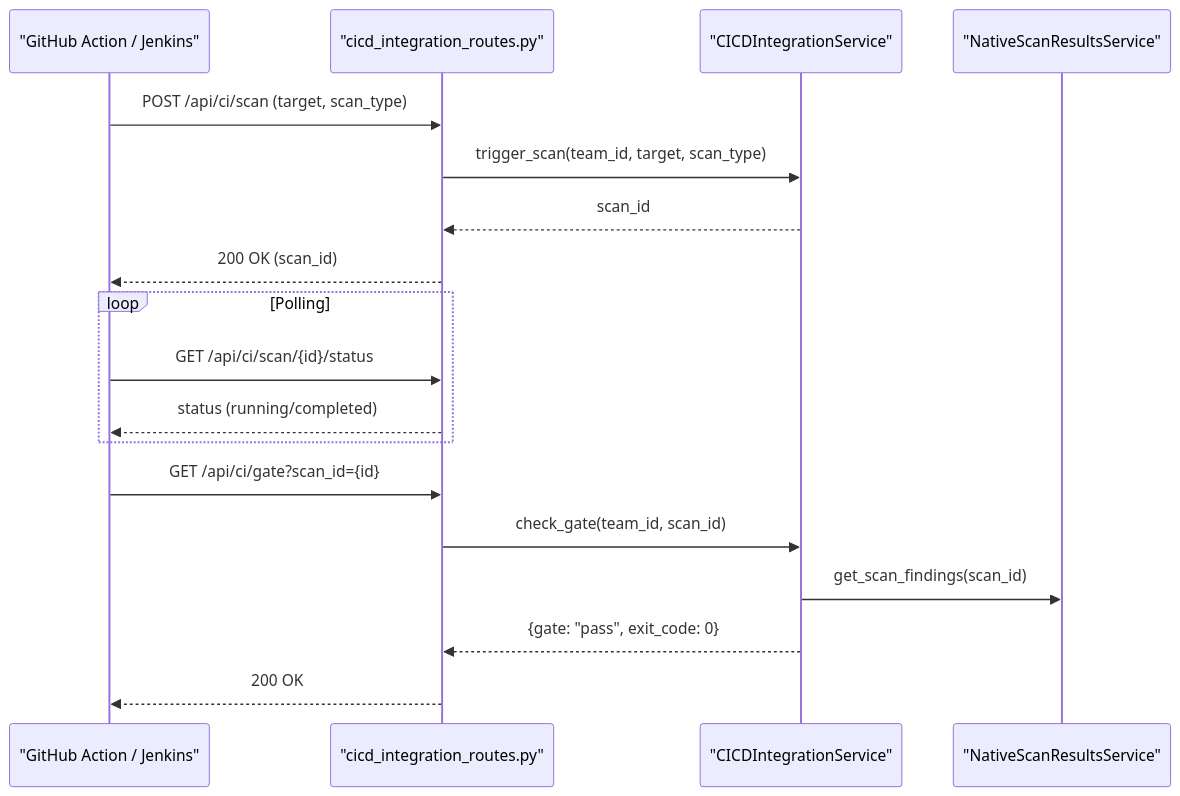
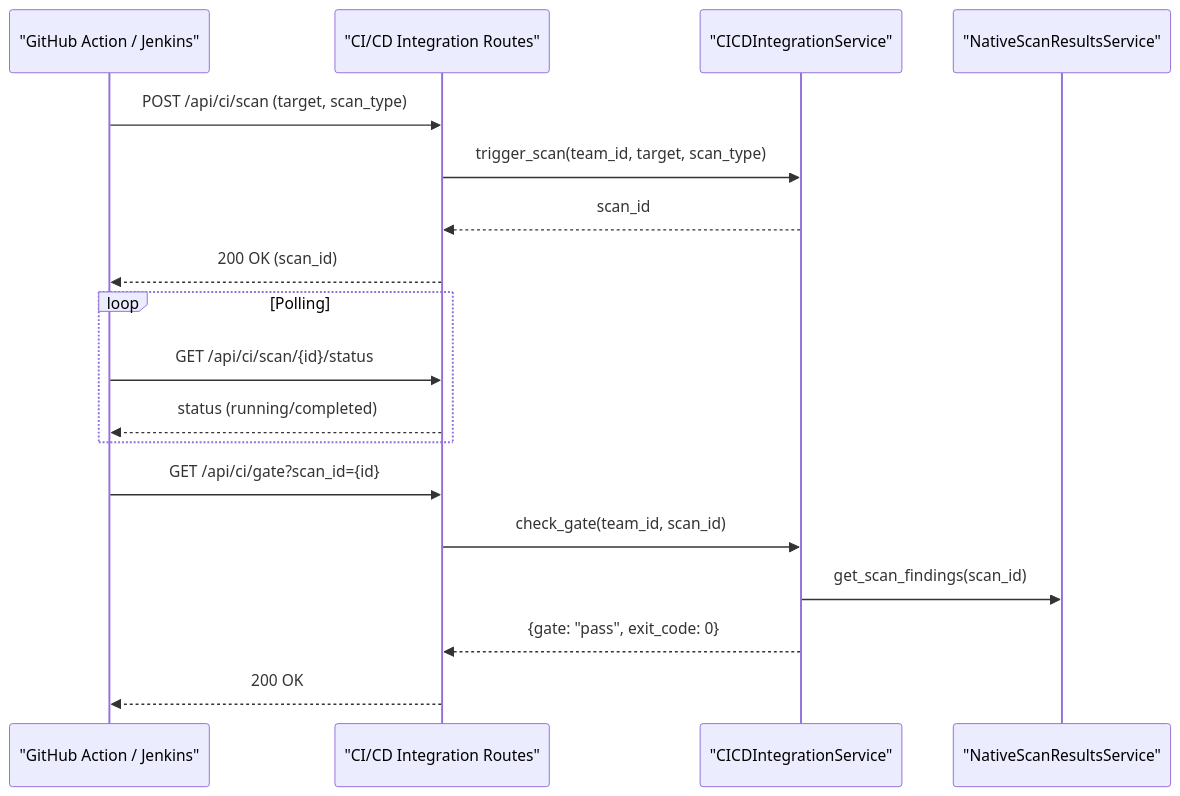
One commit to niteshsaini/offloadsecurity-docs changed the third of 4 diagrams in docs/infrastructure/testing-cicd.md. Above: the diagram before and after it, drawn with Mermaid. The commit also changed other lines of this file and 16 other files, not shown here.

````diff
--- a/docs/infrastructure/testing-cicd.md
+++ b/docs/infrastructure/testing-cicd.md
@@ -108,23 +106,23 @@
 ```mermaid
 sequenceDiagram
     participant CI as "GitHub Action / Jenkins"
-    participant API as "cicd_integration_routes.py"
+    participant API as "CI/CD Integration Routes"
     participant SVC as "CICDIntegrationService"
     participant STORE as "NativeScanResultsService"
 
     CI->>API: POST /api/ci/scan (target, scan_type)
     API->>SVC: trigger_scan(team_id, target, scan_type)
     SVC-->>API: scan_id
     API-->>CI: 200 OK (scan_id)
     
     loop Polling
         CI->>API: GET /api/ci/scan/{id}/status
         API-->>CI: status (running/completed)
     end
     
     CI->>API: GET /api/ci/gate?scan_id={id}
     API->>SVC: check_gate(team_id, scan_id)
     SVC->>STORE: get_scan_findings(scan_id)
     SVC-->>API: {gate: "pass", exit_code: 0}
     API-->>CI: 200 OK
 ```
````
